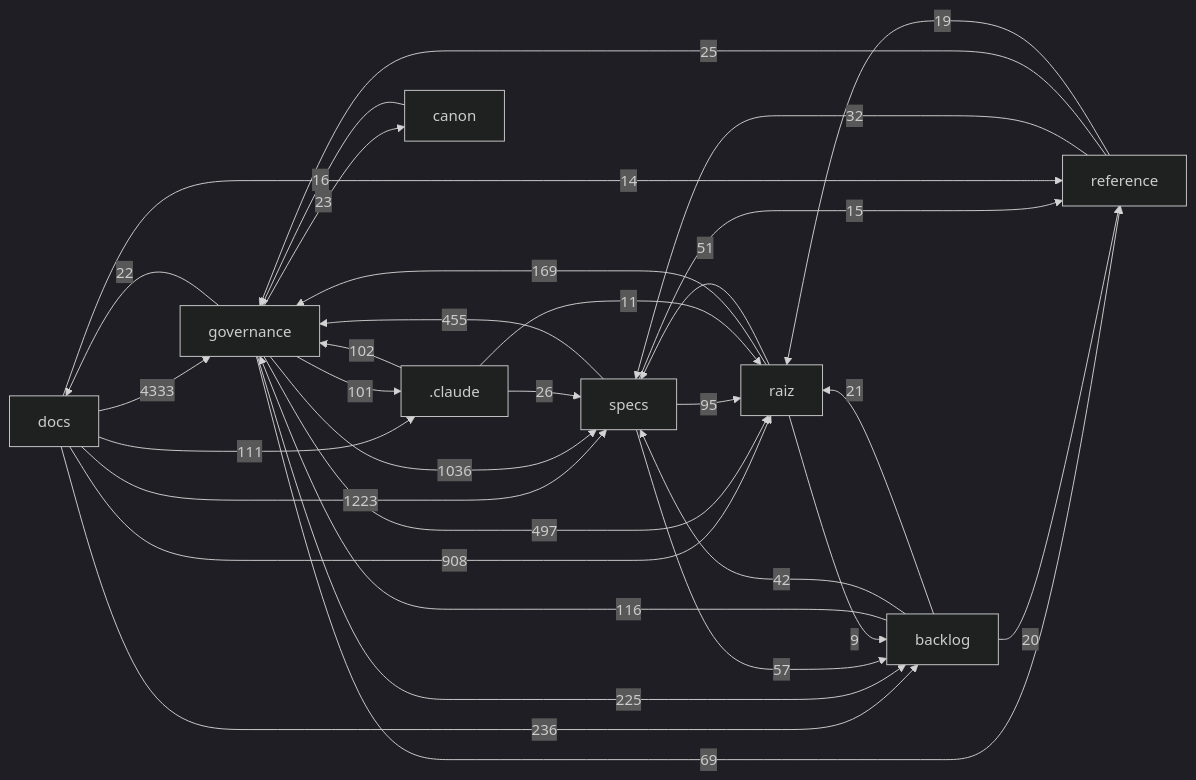
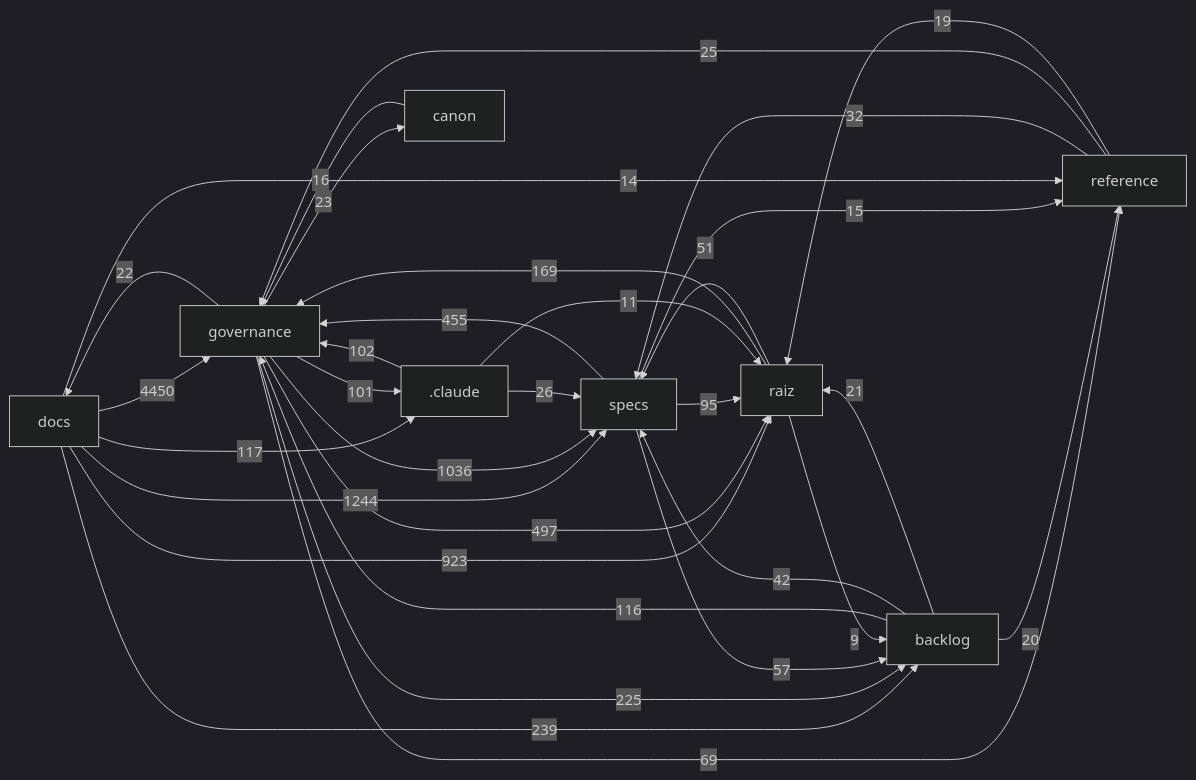
The diagram in docs/mapa/MAPA-PROJETO.md (Andraus35/Sistema-Operacional-de-Trading--SOT), drawn with Mermaid (dark theme) before and after one commit. The commit also changed other lines of this file and 5 other files, not shown here.

````diff
--- a/docs/mapa/MAPA-PROJETO.md
+++ b/docs/mapa/MAPA-PROJETO.md
@@ -29,34 +29,34 @@
 ```mermaid
 flowchart LR
-  docs["docs"] -->|4333| governance["governance"]
-  docs["docs"] -->|1223| specs["specs"]
+  docs["docs"] -->|4450| governance["governance"]
+  docs["docs"] -->|1244| specs["specs"]
   governance["governance"] -->|1036| specs["specs"]
-  docs["docs"] -->|908| raiz["raiz"]
+  docs["docs"] -->|923| raiz["raiz"]
   governance["governance"] -->|497| raiz["raiz"]
   specs["specs"] -->|455| governance["governance"]
-  docs["docs"] -->|236| backlog["backlog"]
+  docs["docs"] -->|239| backlog["backlog"]
   governance["governance"] -->|225| backlog["backlog"]
   raiz["raiz"] -->|169| governance["governance"]
+  docs["docs"] -->|117| _claude[".claude"]
   backlog["backlog"] -->|116| governance["governance"]
-  docs["docs"] -->|111| _claude[".claude"]
   _claude[".claude"] -->|102| governance["governance"]
   governance["governance"] -->|101| _claude[".claude"]
   specs["specs"] -->|95| raiz["raiz"]
   governance["governance"] -->|69| reference["reference"]
   specs["specs"] -->|57| backlog["backlog"]
   raiz["raiz"] -->|51| specs["specs"]
   backlog["backlog"] -->|42| specs["specs"]
   reference["reference"] -->|32| specs["specs"]
   _claude[".claude"] -->|26| specs["specs"]
   reference["reference"] -->|25| governance["governance"]
   governance["governance"] -->|23| canon["canon"]
   governance["governance"] -->|22| docs["docs"]
   backlog["backlog"] -->|21| raiz["raiz"]
   backlog["backlog"] -->|20| reference["reference"]
   reference["reference"] -->|19| raiz["raiz"]
   canon["canon"] -->|16| governance["governance"]
   specs["specs"] -->|15| reference["reference"]
   docs["docs"] -->|14| reference["reference"]
   _claude[".claude"] -->|11| raiz["raiz"]
   raiz["raiz"] -->|9| backlog["backlog"]
 ```
````
